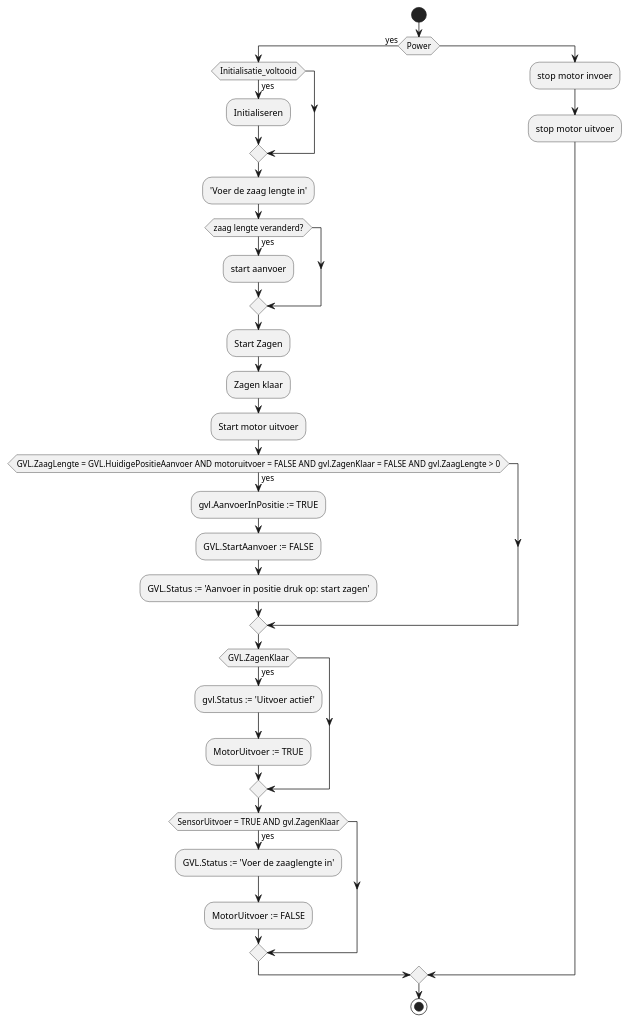
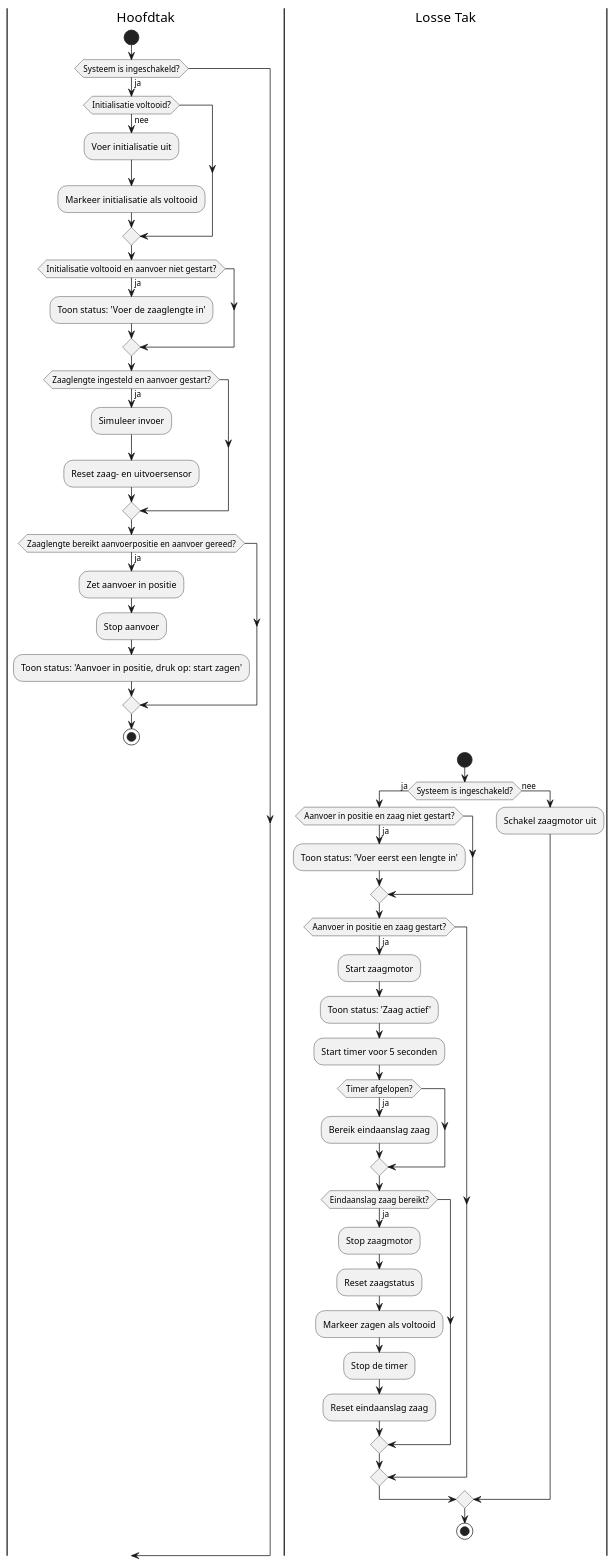
Before and after one commit to MilanWichink/Individuele-eindopdracht: the diagram in src/chapter_1.md, drawn with PlantUML. The commit also changed 2 other files, not shown here.

Commit message:
Flowchart veranderd zodat beide processen in 1 flowchart staan.

````diff
--- a/src/chapter_1.md
+++ b/src/chapter_1.md
@@ -3,49 +3,69 @@
 ```plantuml
 
-@startuml Flowchart in en uitvoer
+@startuml flowchart
 
+|Hoofdtak|
 start
 
-if (Power) then (yes)
+if (Systeem is ingeschakeld?) then (ja)
   
-  if (Initialisatie_voltooid) then (yes)
-    :Initialiseren;
+  if (Initialisatie voltooid?) then (nee)
+    :Voer initialisatie uit;
+    :Markeer initialisatie als voltooid;
   endif
   
+  if (Initialisatie voltooid en aanvoer niet gestart?) then (ja)
+    :Toon status: 'Voer de zaaglengte in';
+  endif
+
+  if (Zaaglengte ingesteld en aanvoer gestart?) then (ja)
+    :Simuleer invoer;
+    :Reset zaag- en uitvoersensor;
+  endif
   
-    :'Voer de zaag lengte in';
-    If (zaag lengte veranderd?) then (yes)
-    :start aanvoer;
+  if (Zaaglengte bereikt aanvoerpositie en aanvoer gereed?) then (ja)
+    :Zet aanvoer in positie;
+    :Stop aanvoer;
+    :Toon status: 'Aanvoer in positie, druk op: start zagen';
+  endif
+
+  stop
+
+|Losse Tak|
+start
+if (Systeem is ingeschakeld?) then (ja)
+
+  if (Aanvoer in positie en zaag niet gestart?) then (ja)
+    :Toon status: 'Voer eerst een lengte in';
+  endif
+
+  if (Aanvoer in positie en zaag gestart?) then (ja)
+    :Start zaagmotor;
+    :Toon status: 'Zaag actief';
+    :Start timer voor 5 seconden;
+    
+    if (Timer afgelopen?) then (ja)
+      :Bereik eindaanslag zaag;
     endif
 
-    :Start Zagen;
+    if (Eindaanslag zaag bereikt?) then (ja)
+      :Stop zaagmotor;
+      :Reset zaagstatus;
+      :Markeer zagen als voltooid;
+      :Stop de timer;
+      :Reset eindaanslag zaag;
+    endif
 
-    :Zagen klaar;
-    :Start motor uitvoer;
+  endif
 
-  if (GVL.ZaagLengte = GVL.HuidigePositieAanvoer AND motoruitvoer = FALSE AND gvl.ZagenKlaar = FALSE AND gvl.ZaagLengte > 0) then (yes)
-    :gvl.AanvoerInPositie := TRUE;
-    :GVL.StartAanvoer := FALSE;
-    :GVL.Status := 'Aanvoer in positie druk op: start zagen';
-  endif
-  
-  if (GVL.ZagenKlaar) then (yes)
-    :gvl.Status := 'Uitvoer actief';
-    :MotorUitvoer := TRUE;
-  endif
-  
-  if (SensorUitvoer = TRUE AND gvl.ZagenKlaar) then (yes)
-    :GVL.Status := 'Voer de zaaglengte in';
-    :MotorUitvoer := FALSE;
-  endif
-  
-else
-  :stop motor invoer;
-  :stop motor uitvoer;
-  
+else (nee)
+  :Schakel zaagmotor uit;
 endif
 
 stop
 
 @enduml
+
+
+
 ```
````
